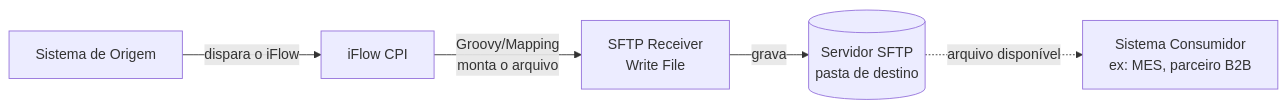
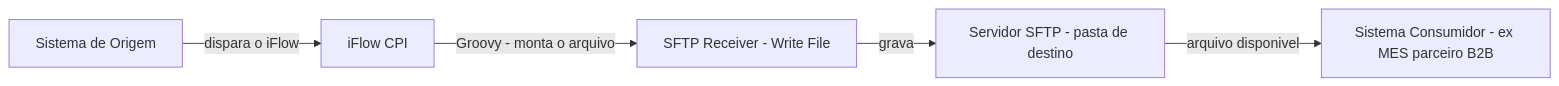
The first of 4 diagrams in docs/18-d3-sftp-adapter.md (OrlandoCaetano2026/SAP_Integration_Suite_Learning), drawn with Mermaid before and after one commit. The commit also changed other lines of this file and 7 other files, not shown here.

Commit message:
docs: completa D3 SFTP Consumer (lab16) - polling, enriquecimento MES e confirmacao externa no servidor SFTP

````diff
--- a/docs/18-d3-sftp-adapter.md
+++ b/docs/18-d3-sftp-adapter.md
@@ -28,7 +28,7 @@
 ```mermaid
 flowchart LR
-    A[Sistema de Origem] -->|dispara o iFlow| B[iFlow CPI]
-    B -->|Groovy/Mapping<br/>monta o arquivo| C[SFTP Receiver<br/>Write File]
-    C -->|grava| D[("Servidor SFTP<br/>pasta de destino")]
-    D -.arquivo disponível.-> E[Sistema Consumidor<br/>ex: MES, parceiro B2B]
+    A["Sistema de Origem"] -->|"dispara o iFlow"| B["iFlow CPI"]
+    B -->|"Groovy - monta o arquivo"| C["SFTP Receiver - Write File"]
+    C -->|"grava"| D["Servidor SFTP - pasta de destino"]
+    D -->|"arquivo disponivel"| E["Sistema Consumidor - ex MES parceiro B2B"]
 ```
````
